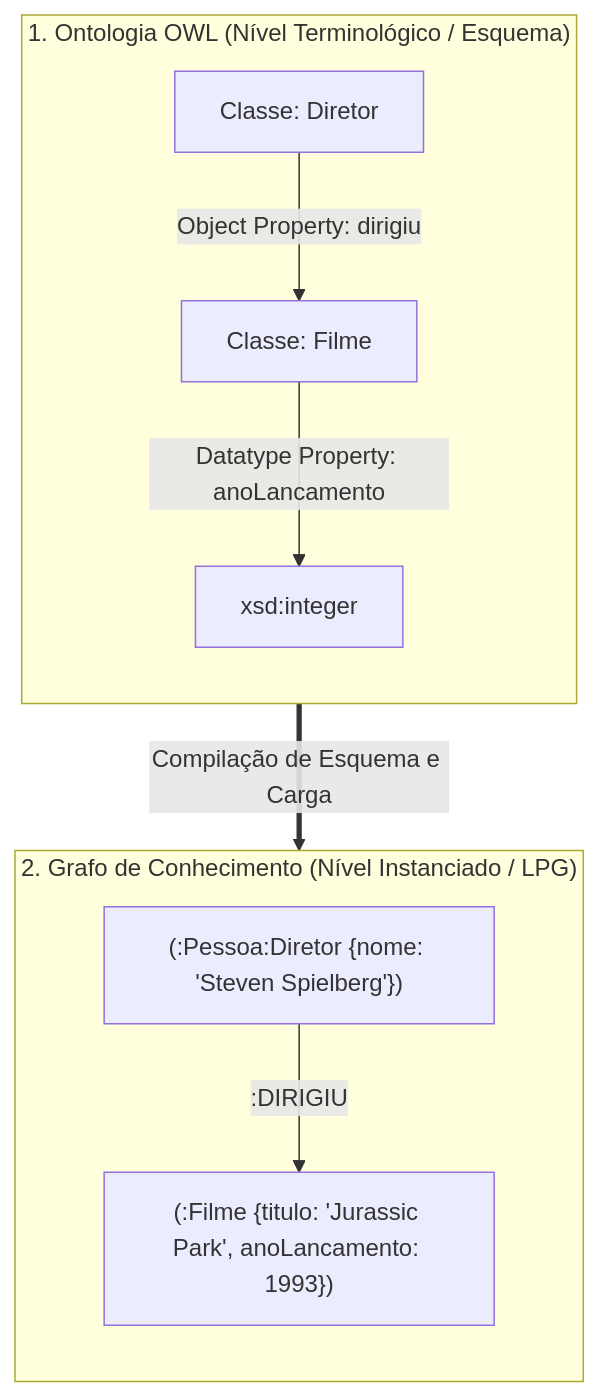
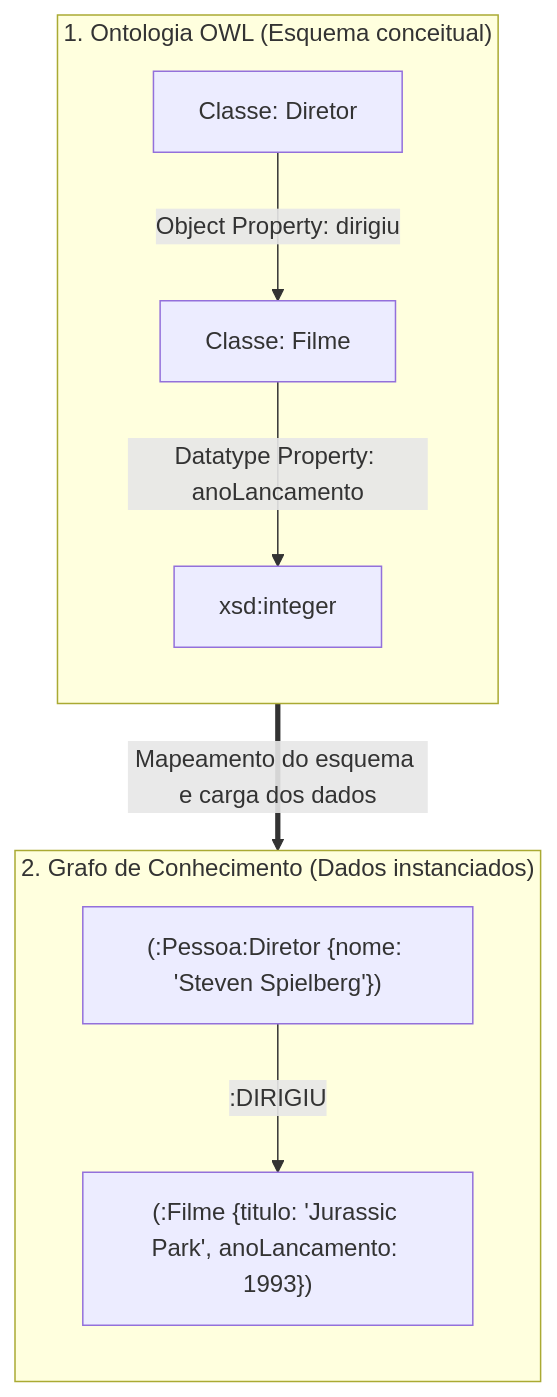
The diagram in docs/q01_ontologias_kg.md (brunog2/lista2-ia-ufal), drawn with Mermaid before and after one commit. The commit also changed other lines of this file and 8 other files, not shown here.

````diff
--- a/docs/q01_ontologias_kg.md
+++ b/docs/q01_ontologias_kg.md
@@ -75,19 +145,19 @@
 ```mermaid
 flowchart TD
-    subgraph Ontologia["1. Ontologia OWL (Nível Terminológico / Esquema)"]
+    subgraph Ontologia["1. Ontologia OWL (Esquema conceitual)"]
         direction TB
         C1["Classe: Diretor"]
         C2["Classe: Filme"]
         C1 -->|"Object Property: dirigiu"| C2
         C2 -->|"Datatype Property: anoLancamento"| D1["xsd:integer"]
     end
 
-    subgraph KG["2. Grafo de Conhecimento (Nível Instanciado / LPG)"]
+    subgraph KG["2. Grafo de Conhecimento (Dados instanciados)"]
         direction TB
         N1["(:Pessoa:Diretor {nome: 'Steven Spielberg'})"]
         N2["(:Filme {titulo: 'Jurassic Park', anoLancamento: 1993})"]
         N1 -->|":DIRIGIU"| N2
     end
 
-    Ontologia ==>|"Compilação de Esquema e Carga"| KG
+    Ontologia ==>|"Mapeamento do esquema e carga dos dados"| KG
 ```
````
